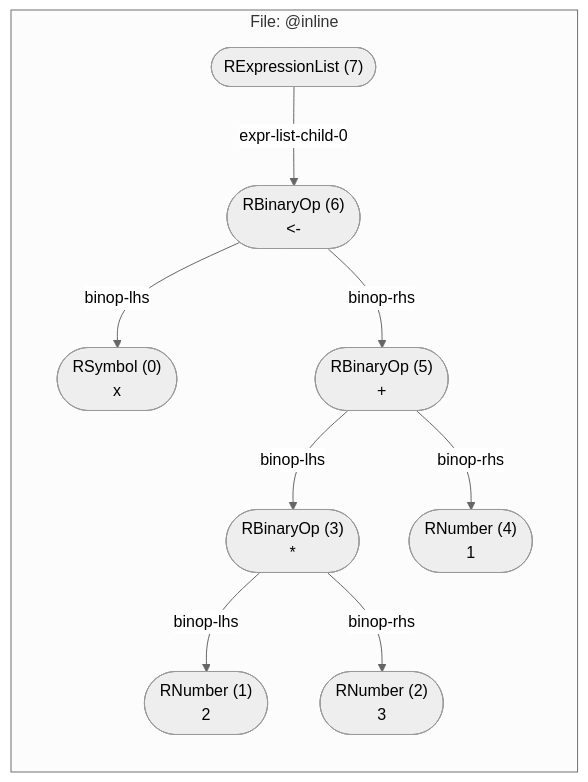
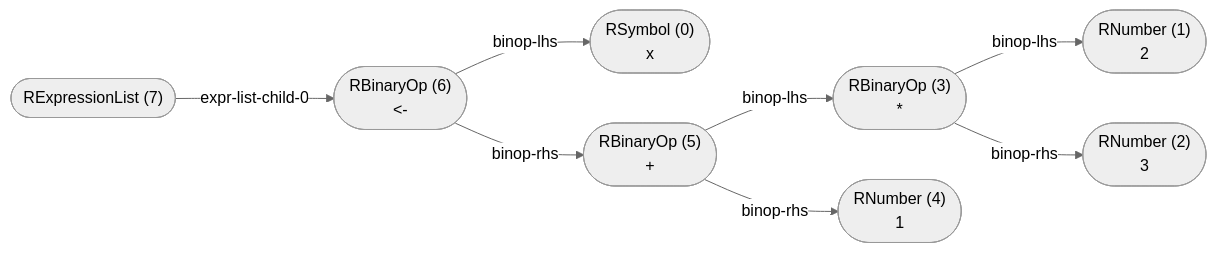
One commit to flowr-analysis/flowr changed the first of 3 diagrams in wiki/Normalized AST.md. Above: the diagram before and after it, drawn with Mermaid (neutral theme). The commit also changed other lines of this file and 3 other files, not shown here.

````diff
--- a/wiki/Normalized AST.md
+++ b/wiki/Normalized AST.md
@@ -26,29 +26,27 @@
 ```mermaid
 flowchart LR
-    subgraph "File: @inline"
     n7(["RExpressionList (7)
  "])
     n6(["RBinaryOp (6)
 #60;#45;"])
     n7 -->|"expr-list-child-0"| n6
     n0(["RSymbol (0)
 x"])
     n6 -->|"binop-lhs"| n0
     n5(["RBinaryOp (5)
 #43;"])
     n6 -->|"binop-rhs"| n5
     n3(["RBinaryOp (3)
 #42;"])
     n5 -->|"binop-lhs"| n3
     n1(["RNumber (1)
 2"])
     n3 -->|"binop-lhs"| n1
     n2(["RNumber (2)
 3"])
     n3 -->|"binop-rhs"| n2
     n4(["RNumber (4)
 1"])
     n5 -->|"binop-rhs"| n4
-    end
 
 ```
````
